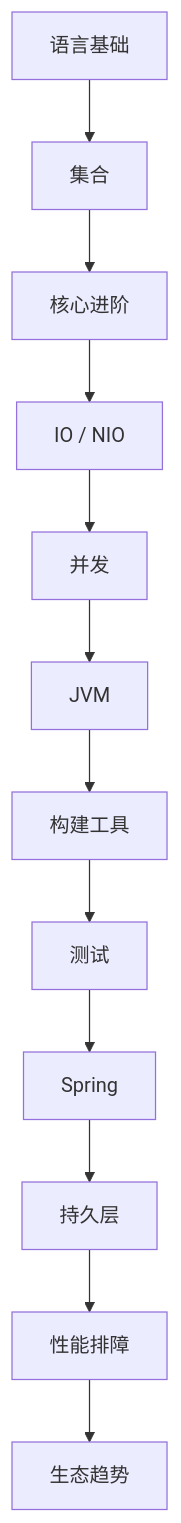
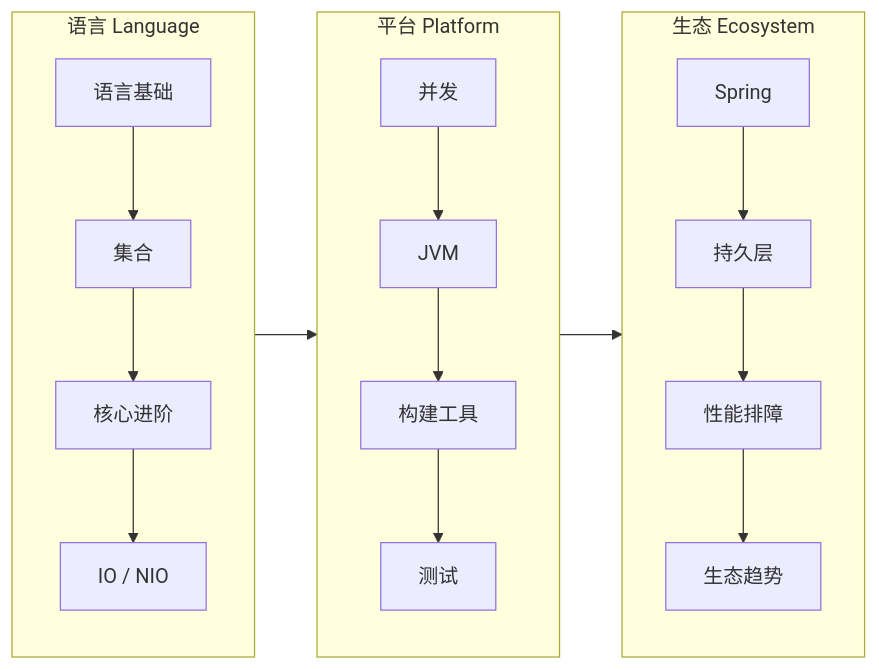
The diagram in topics/java/README.md (huangyongliang/tech-notes), drawn with Mermaid before and after one commit. The commit also changed 5 other files, not shown here.

````diff
--- a/topics/java/README.md
+++ b/topics/java/README.md
@@ -9,7 +9,16 @@
 ```mermaid
-flowchart TD
-  A[语言基础] --> B[集合] --> C[核心进阶] --> D[IO / NIO]
-  D --> E[并发] --> F[JVM]
-  F --> G[构建工具] --> H[测试] --> I[Spring]
-  I --> J[持久层] --> K[性能排障] --> L[生态趋势]
+flowchart LR
+  subgraph S1[语言 Language]
+    direction TB
+    A[语言基础] --> B[集合] --> C[核心进阶] --> D[IO / NIO]
+  end
+  subgraph S2[平台 Platform]
+    direction TB
+    E[并发] --> F[JVM] --> G[构建工具] --> H[测试]
+  end
+  subgraph S3[生态 Ecosystem]
+    direction TB
+    I[Spring] --> J[持久层] --> K[性能排障] --> L[生态趋势]
+  end
+  S1 --> S2 --> S3
 ```
````
